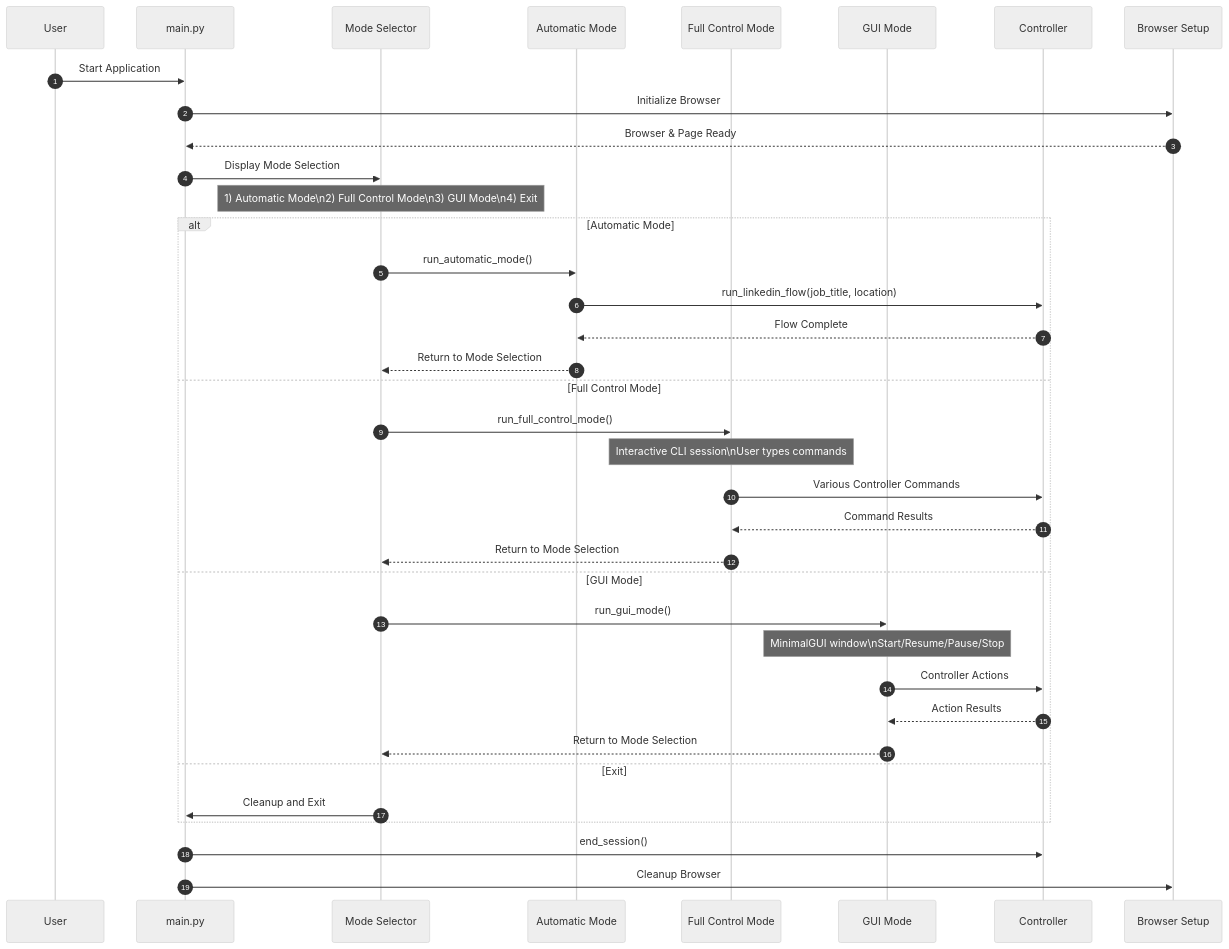
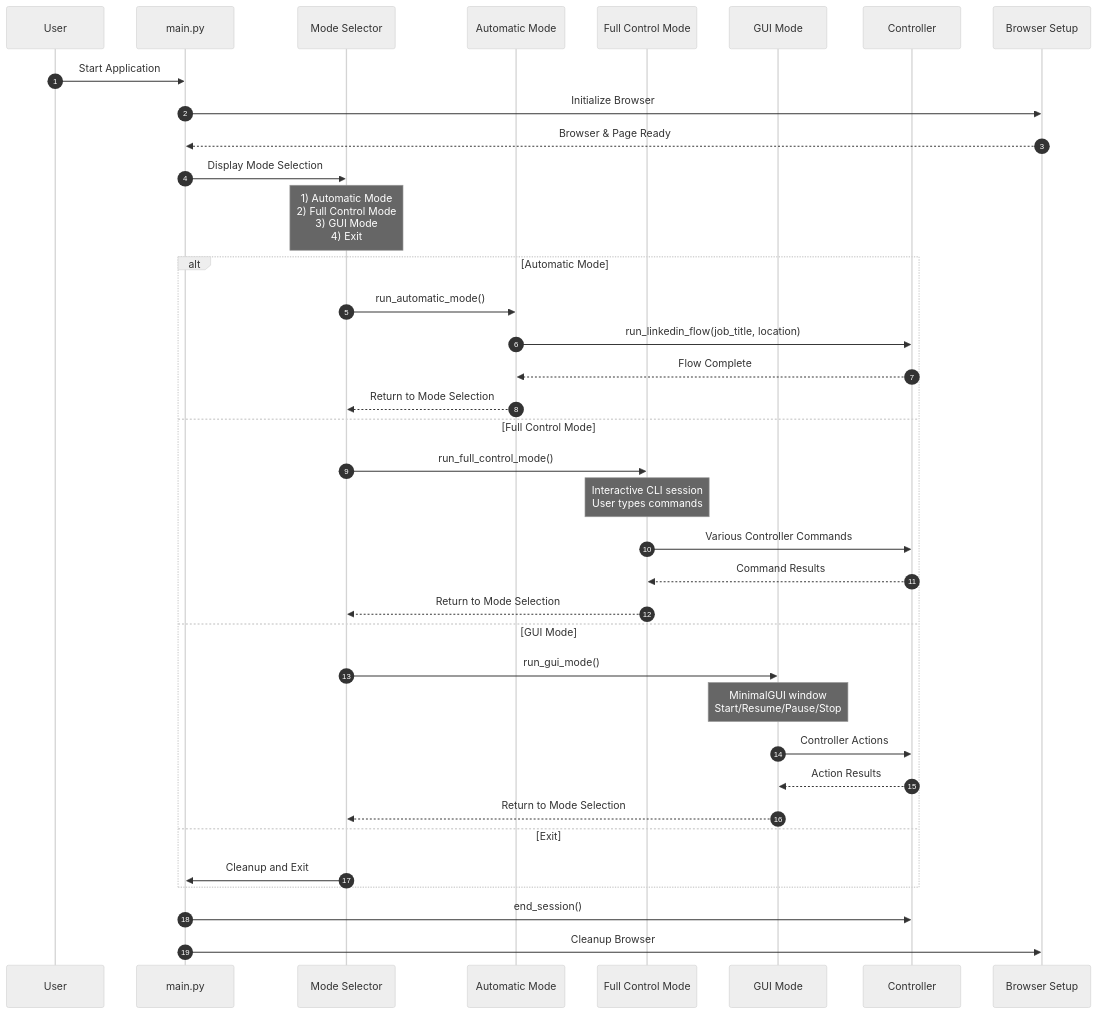
The third of 3 diagrams in ARCHITECTURE.md (ZouhairMudakka/Autonomous-Job-Seeker), drawn with Mermaid (neutral theme) before and after one commit.

Commit message:
test: Trigger workflow to test two-diagram limit

````diff
--- a/ARCHITECTURE.md
+++ b/ARCHITECTURE.md
@@ -82,43 +82,43 @@
 ```mermaid
 sequenceDiagram
     autonumber
     participant User
     participant Main as main.py
     participant Mode as Mode Selector
     participant Auto as Automatic Mode
     participant CLI as Full Control Mode
     participant GUI as GUI Mode
     participant C as Controller
     participant B as Browser Setup
 
     User->>Main: Start Application
     Main->>B: Initialize Browser
     B-->>Main: Browser & Page Ready
 
     Main->>Mode: Display Mode Selection
-    note over Mode: 1) Automatic Mode\n2) Full Control Mode\n3) GUI Mode\n4) Exit
+    note over Mode: 1) Automatic Mode<br/>2) Full Control Mode<br/>3) GUI Mode<br/>4) Exit
 
     alt Automatic Mode
         Mode->>Auto: run_automatic_mode()
         Auto->>C: run_linkedin_flow(job_title, location)
         C-->>Auto: Flow Complete
         Auto-->>Mode: Return to Mode Selection
     else Full Control Mode
         Mode->>CLI: run_full_control_mode()
-        note over CLI: Interactive CLI session\nUser types commands
+        note over CLI: Interactive CLI session<br/>User types commands
         CLI->>C: Various Controller Commands
         C-->>CLI: Command Results
         CLI-->>Mode: Return to Mode Selection
     else GUI Mode
         Mode->>GUI: run_gui_mode()
-        note over GUI: MinimalGUI window\nStart/Resume/Pause/Stop
+        note over GUI: MinimalGUI window<br/>Start/Resume/Pause/Stop
         GUI->>C: Controller Actions
         C-->>GUI: Action Results
         GUI-->>Mode: Return to Mode Selection
     else Exit
         Mode->>Main: Cleanup and Exit
     end
 
     Main->>C: end_session()
     Main->>B: Cleanup Browser
 ```
````
